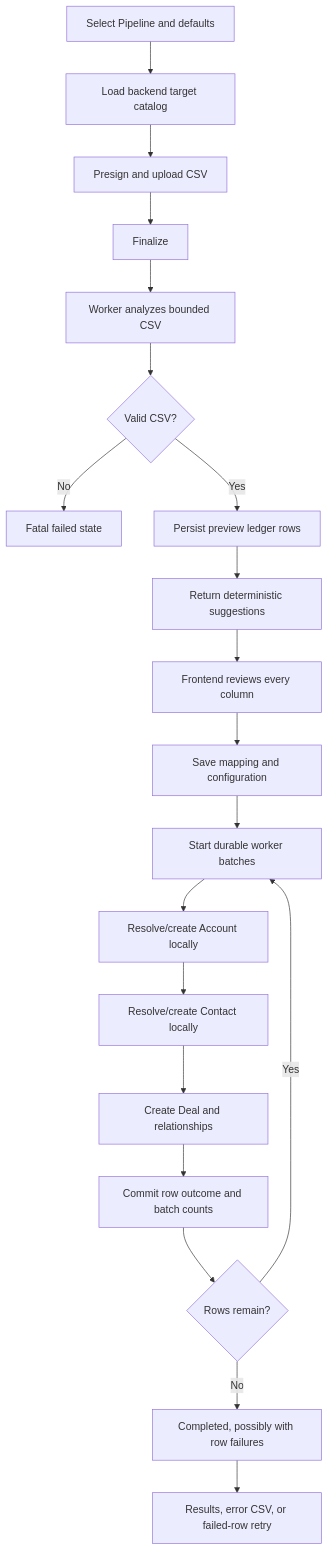
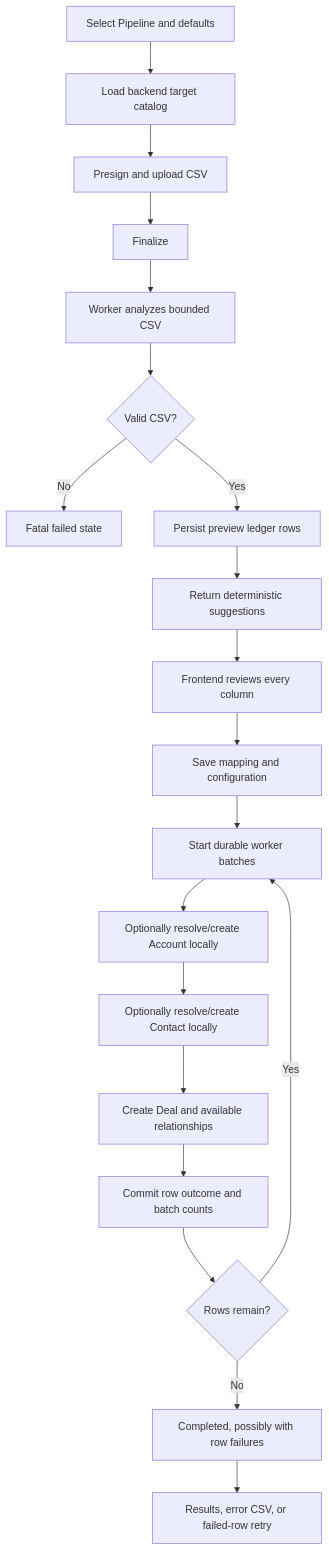
One commit to CopilotGTM/copilot-backend changed the diagram in docs/Technical Documentation/crm-csv-import-flow.md. Above: the diagram before and after it, drawn with Mermaid. The commit also changed other lines of this file and 8 other files, not shown here.

Commit message:
feat(crm): support flexible deal CSV relationships

````diff
--- a/docs/Technical Documentation/crm-csv-import-flow.md
+++ b/docs/Technical Documentation/crm-csv-import-flow.md
@@ -7,22 +7,22 @@
 ```mermaid
 flowchart TD
     A["Select Pipeline and defaults"] --> B["Load backend target catalog"]
     B --> C["Presign and upload CSV"]
     C --> D["Finalize"]
     D --> E["Worker analyzes bounded CSV"]
     E --> F{"Valid CSV?"}
     F -- No --> G["Fatal failed state"]
     F -- Yes --> H["Persist preview ledger rows"]
     H --> I["Return deterministic suggestions"]
     I --> J["Frontend reviews every column"]
     J --> K["Save mapping and configuration"]
     K --> L["Start durable worker batches"]
-    L --> M["Resolve/create Account locally"]
-    M --> N["Resolve/create Contact locally"]
-    N --> O["Create Deal and relationships"]
+    L --> M["Optionally resolve/create Account locally"]
+    M --> N["Optionally resolve/create Contact locally"]
+    N --> O["Create Deal and available relationships"]
     O --> P["Commit row outcome and batch counts"]
     P --> Q{"Rows remain?"}
     Q -- Yes --> L
     Q -- No --> R["Completed, possibly with row failures"]
     R --> S["Results, error CSV, or failed-row retry"]
 ```
````
